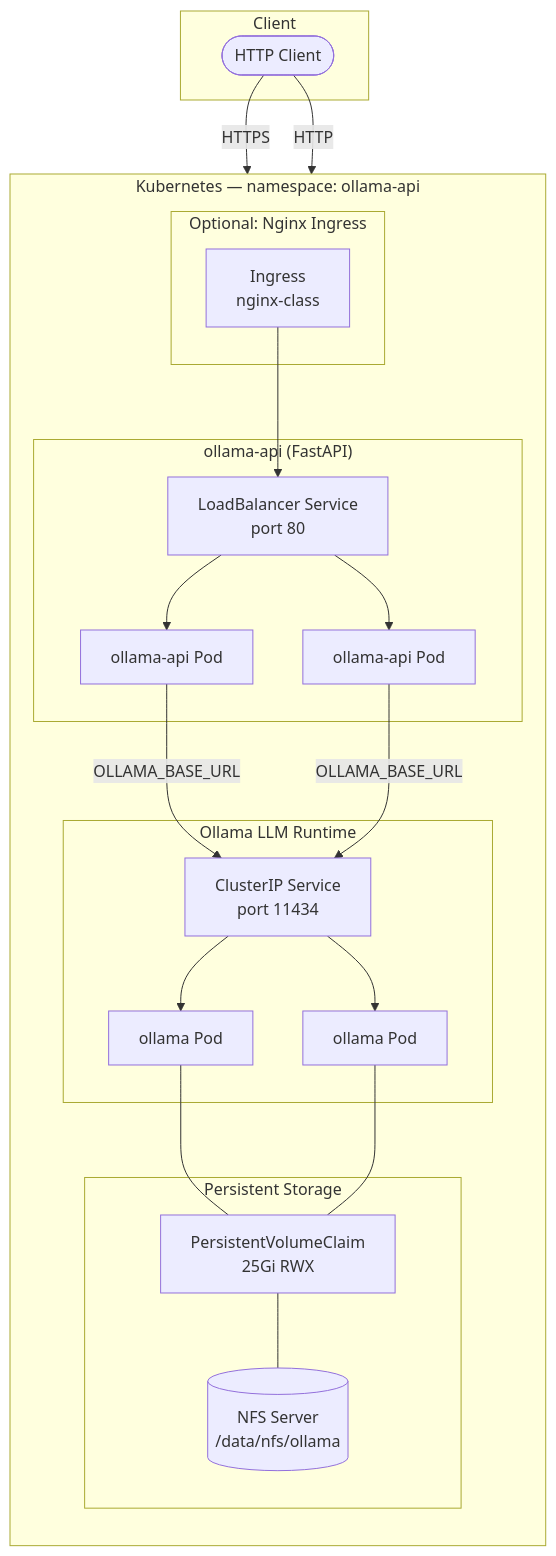
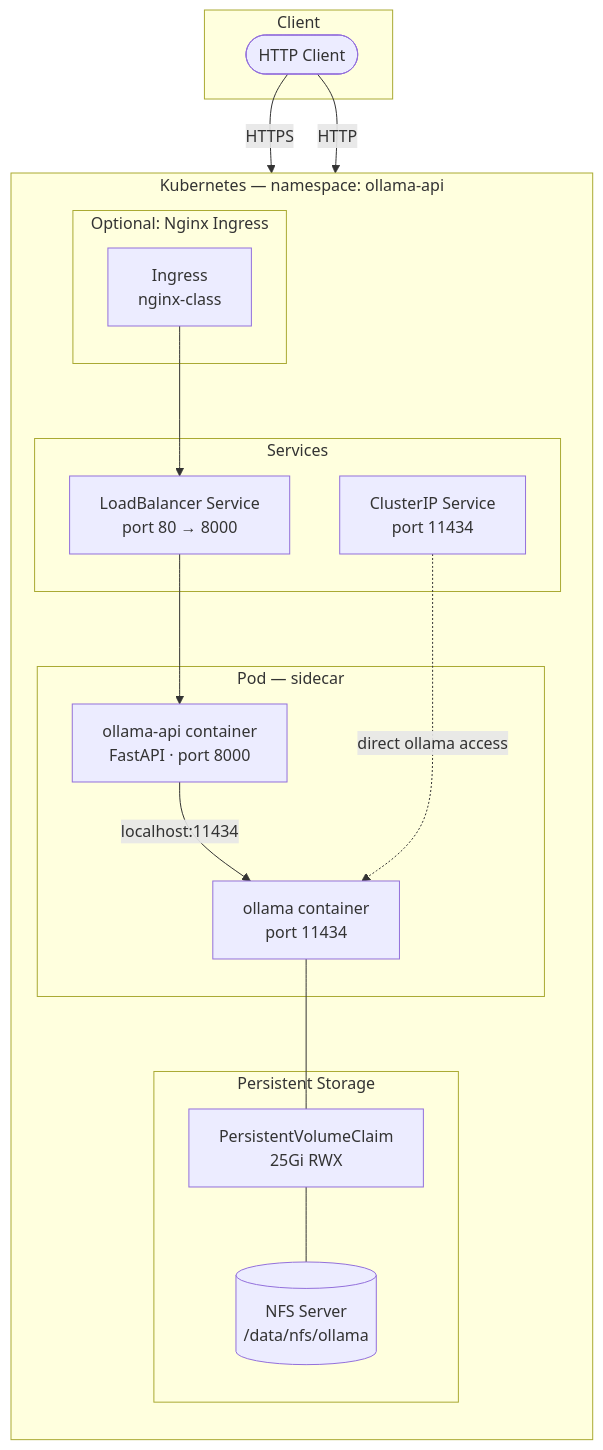
Before and after one commit to cherukuri-devsecops/ollama-api: the diagram in README.md, drawn with Mermaid. The commit also changed other lines of this file and 1 other file, not shown here.

Commit message:
Added the strategy

````diff
--- a/README.md
+++ b/README.md
@@ -7,44 +9,38 @@
 ```mermaid
 graph TD
     subgraph Client
         C([HTTP Client])
     end
 
     subgraph Kubernetes["Kubernetes — namespace: ollama-api"]
         direction TB
 
         subgraph Ingress["Optional: Nginx Ingress"]
             IG[Ingress\nnginx-class]
         end
 
-        subgraph API["ollama-api (FastAPI)"]
-            LB[LoadBalancer Service\nport 80]
-            AP1[ollama-api Pod]
-            AP2[ollama-api Pod]
+        subgraph Services["Services"]
+            LB[LoadBalancer Service\nport 80 → 8000]
+            CS[ClusterIP Service\nport 11434]
         end
 
-        subgraph LLM["Ollama LLM Runtime"]
-            OS[ClusterIP Service\nport 11434]
-            OP1[ollama Pod]
-            OP2[ollama Pod]
+        subgraph Pod["Pod — sidecar"]
+            AP[ollama-api container\nFastAPI · port 8000]
+            OP[ollama container\nport 11434]
+            AP -->|localhost:11434| OP
         end
 
         subgraph Storage["Persistent Storage"]
             PVC[PersistentVolumeClaim\n25Gi RWX]
             NFS[(NFS Server\n/data/nfs/ollama)]
         end
     end
 
     C -->|HTTPS| IG
     IG --> LB
     C -->|HTTP| LB
-    LB --> AP1
-    LB --> AP2
-    AP1 -->|OLLAMA_BASE_URL| OS
-    AP2 -->|OLLAMA_BASE_URL| OS
-    OS --> OP1
-    OS --> OP2
-    OP1 --- PVC
-    OP2 --- PVC
+    LB --> AP
+    CS -.->|direct ollama access| OP
+    OP --- PVC
     PVC --- NFS
 ```
````
